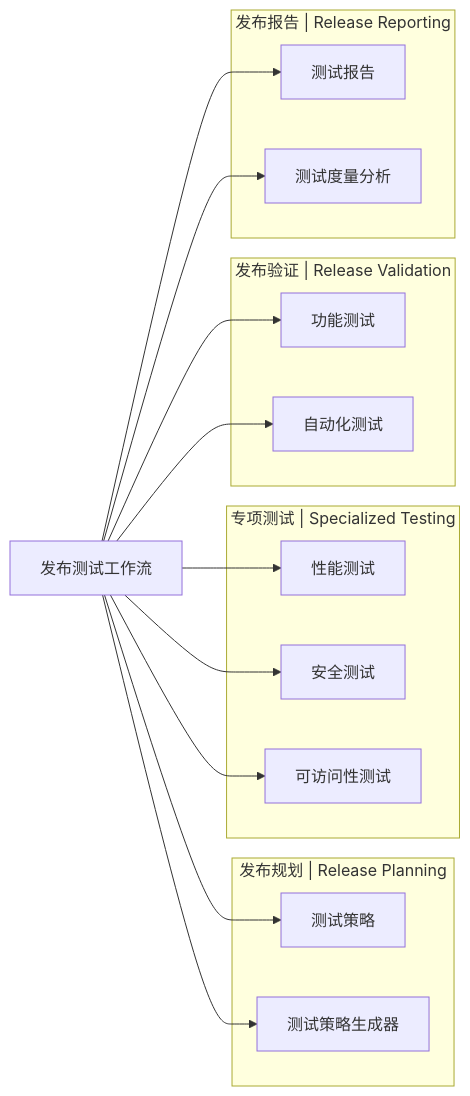
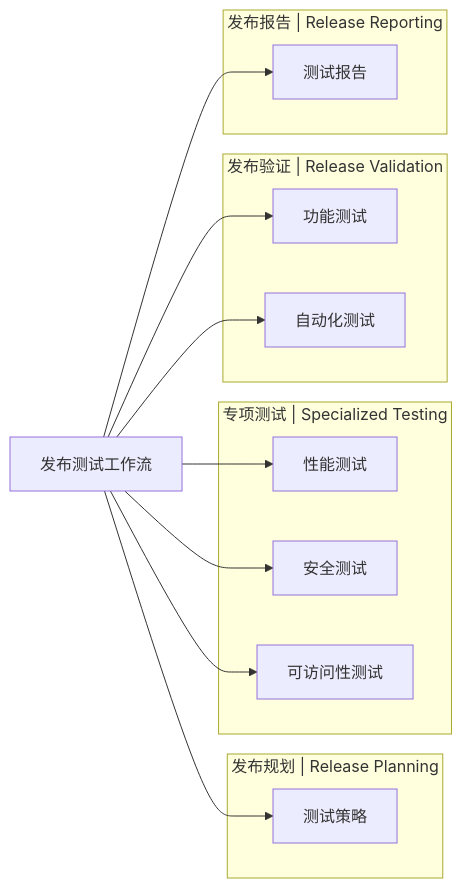
Before and after one commit to naodeng/awesome-qa-skills: the fourth of 12 diagrams in skills-graph.md, drawn with Mermaid. The commit also changed other lines of this file and 162 other files, not shown here.

````diff
--- a/skills-graph.md
+++ b/skills-graph.md
@@ -201,35 +182,31 @@
 ```mermaid
 graph LR
     RW[发布测试工作流]
     
     subgraph "发布规划 | Release Planning"
         TS3[测试策略]
-        TSG3[测试策略生成器]
     end
     
     subgraph "专项测试 | Specialized Testing"
         PT3[性能测试]
         ST3[安全测试]
         ACT3[可访问性测试]
     end
     
     subgraph "发布验证 | Release Validation"
         FT3[功能测试]
         AUTO3[自动化测试]
     end
     
     subgraph "发布报告 | Release Reporting"
         TR3[测试报告]
-        TMA3[测试度量分析]
     end
     
     RW --> TS3
-    RW --> TSG3
     RW --> PT3
     RW --> ST3
     RW --> ACT3
     RW --> FT3
     RW --> AUTO3
     RW --> TR3
-    RW --> TMA3
 ```
````
